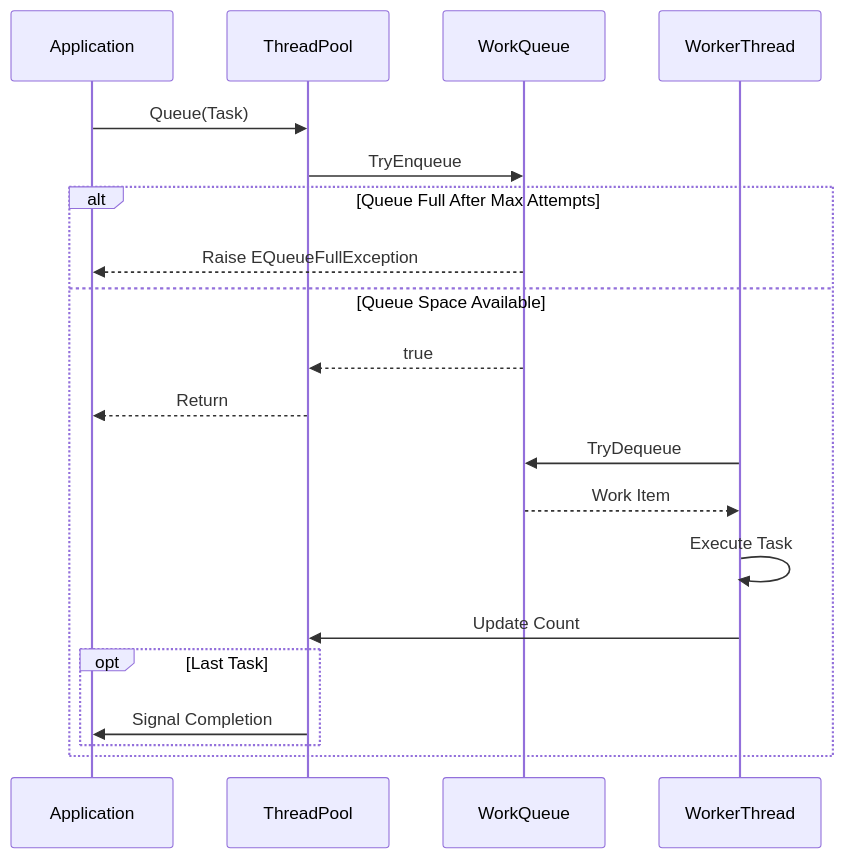
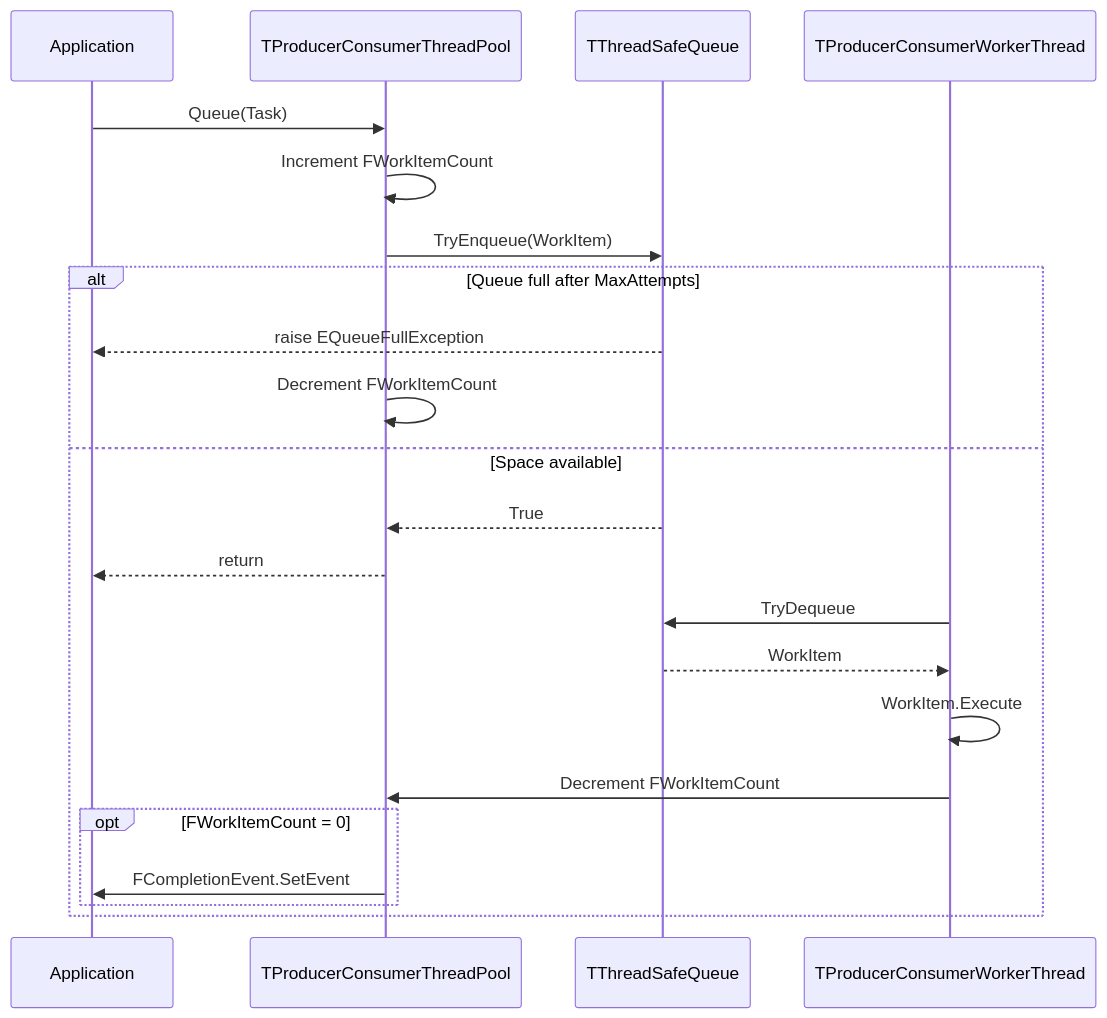
Before and after one commit to ikelaiah/threadpool-fp: the second of 4 diagrams in docs/ThreadPool.ProducerConsumer-Technical.md, drawn with Mermaid. The commit also changed other lines of this file and 15 other files, not shown here.

````diff
--- a/docs/ThreadPool.ProducerConsumer-Technical.md
+++ b/docs/ThreadPool.ProducerConsumer-Technical.md
@@ -118,23 +80,25 @@
 ```mermaid
 sequenceDiagram
     participant App as Application
-    participant Pool as ThreadPool
-    participant Queue as WorkQueue
-    participant Worker as WorkerThread
-    
+    participant Pool as TProducerConsumerThreadPool
+    participant Queue as TThreadSafeQueue
+    participant Worker as TProducerConsumerWorkerThread
+
     App->>Pool: Queue(Task)
-    Pool->>Queue: TryEnqueue
-    alt Queue Full After Max Attempts
-        Queue-->>App: Raise EQueueFullException
-    else Queue Space Available
-        Queue-->>Pool: true
-        Pool-->>App: Return
+    Pool->>Pool: Increment FWorkItemCount
+    Pool->>Queue: TryEnqueue(WorkItem)
+    alt Queue full after MaxAttempts
+        Queue-->>App: raise EQueueFullException
+        Pool->>Pool: Decrement FWorkItemCount
+    else Space available
+        Queue-->>Pool: True
+        Pool-->>App: return
         Worker->>Queue: TryDequeue
-        Queue-->>Worker: Work Item
-        Worker->>Worker: Execute Task
-        Worker->>Pool: Update Count
-        opt Last Task
-            Pool->>App: Signal Completion
+        Queue-->>Worker: WorkItem
+        Worker->>Worker: WorkItem.Execute
+        Worker->>Pool: Decrement FWorkItemCount
+        opt FWorkItemCount = 0
+            Pool->>App: FCompletionEvent.SetEvent
         end
     end
 ```
````
